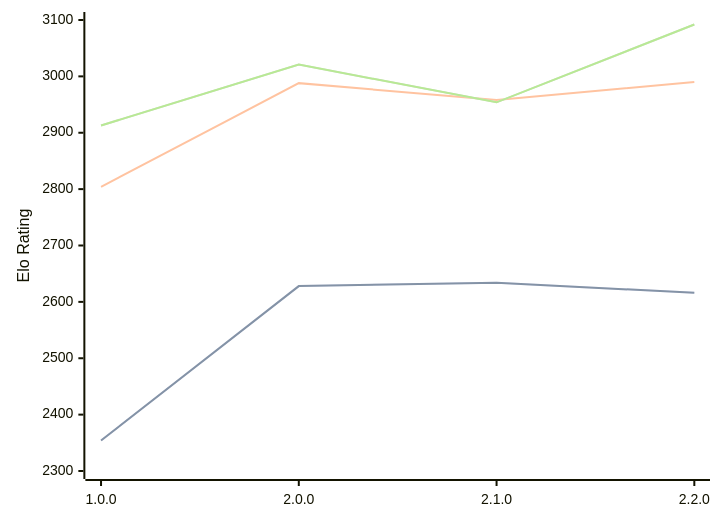
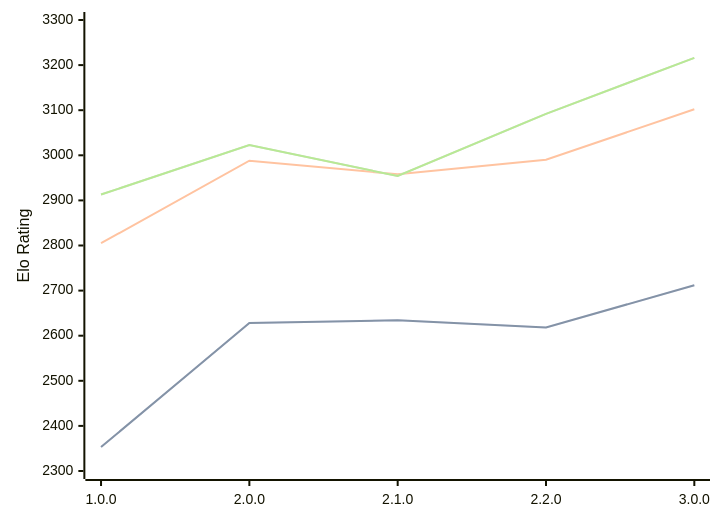
One commit to computer-chess-index/cci changed the diagram in engines/Catalyst.md. Above: the diagram before and after it, drawn with Mermaid. The commit also changed other lines of this file, not shown here.

Commit message:
Update CCI Ratings (ELO VLTC) - 2026-04-24

````diff
--- a/engines/Catalyst.md
+++ b/engines/Catalyst.md
@@ -34,11 +35,11 @@
 ```mermaid
 %%{init: {"theme":"base","themeVariables":{"seriesColors:['#a3a3a3','#222221','#faa371']}}}%%
 xychart-beta
-  x-axis ["1.0.0", "2.0.0", "2.1.0", "2.2.0"]
-  y-axis "Elo Rating" 2300 --> 3100
-  line "STC (8.0+0.08s)" [2354, 2628, 2634, 2616]
-  line "STC (8.0+0.08s)" [2354, 2628, 2634, 2616]
-  line "LTC (60.0+0.60s)" [2804, 2988, 2958, 2990]
-  line "VLTC (2m24s+1.12s)" [2913, 3021, 2954, 3092]
-  line "VLTC (2m24s+1.12s)" [2913, 3021, 2954, 3092]
+  x-axis ["1.0.0", "2.0.0", "2.1.0", "2.2.0", "3.0.0"]
+  y-axis "Elo Rating" 2300 --> 3300
+  line "STC (8.0+0.08s)" [2353, 2628, 2634, 2618, 2712]
+  line "STC (8.0+0.08s)" [2353, 2628, 2634, 2618, 2712]
+  line "LTC (60.0+0.60s)" [2805, 2988, 2958, 2990, 3102]
+  line "VLTC (2m24s+1.12s)" [2913, 3023, 2954, 3092, 3216]
+  line "VLTC (2m24s+1.12s)" [2913, 3023, 2954, 3092, 3216]
 ```
````
